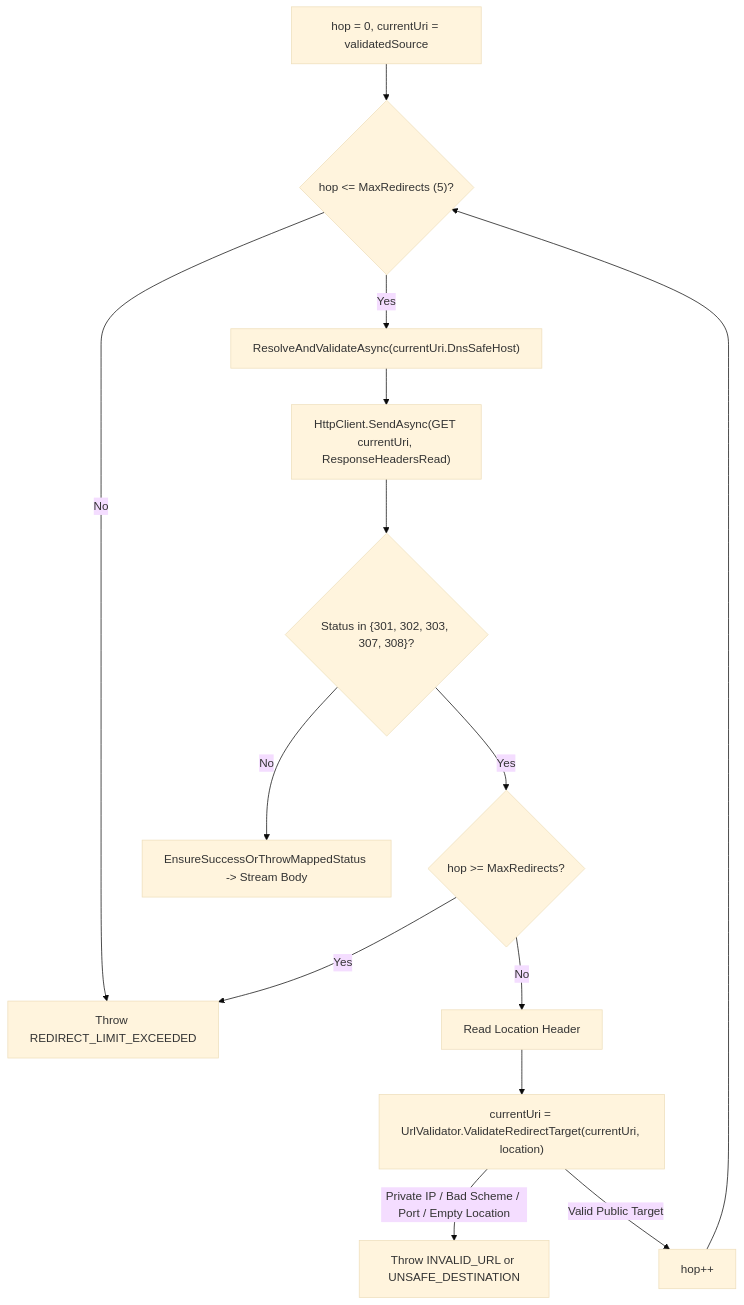
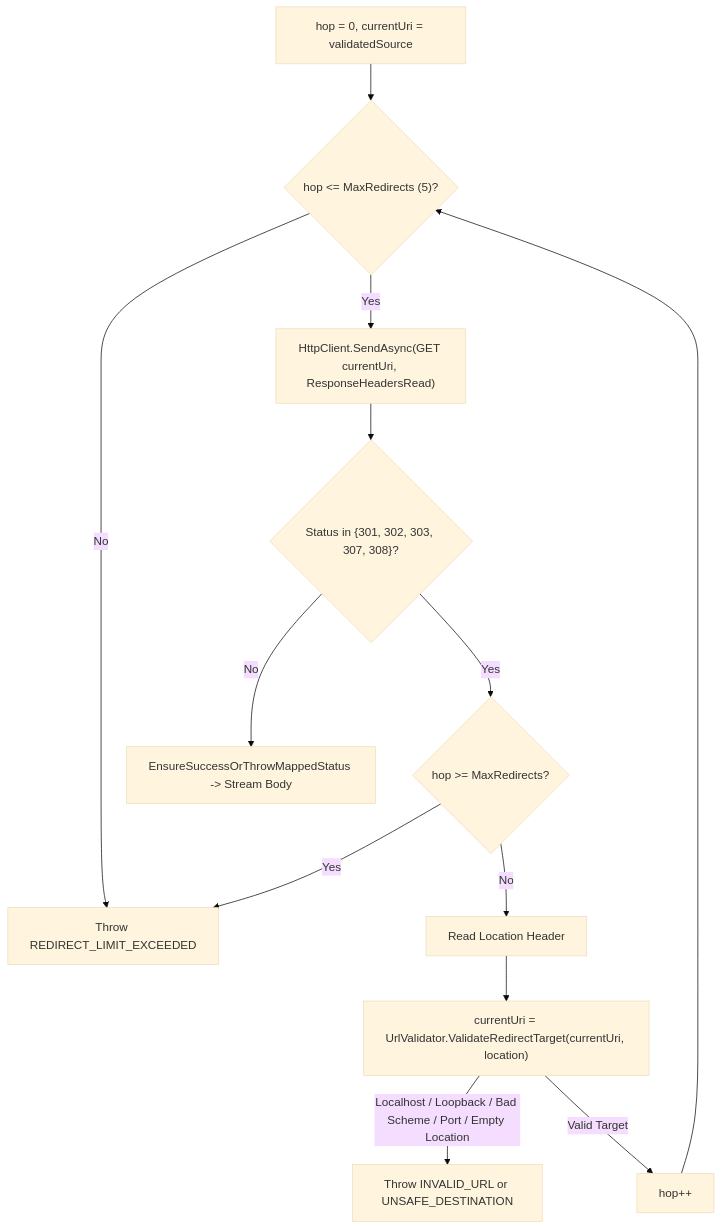
The sixth of 20 diagrams in docs/project-learning/01-complete-architecture-and-learning-guide.md (Suhas2609/URL-to-Image), drawn with Mermaid (base theme) before and after one commit. The commit also changed other lines of this file and 26 other files, not shown here.

````diff
--- a/docs/project-learning/01-complete-architecture-and-learning-guide.md
+++ b/docs/project-learning/01-complete-architecture-and-learning-guide.md
@@ -372,15 +355,14 @@
 ```mermaid
 flowchart TD
     Start["hop = 0, currentUri = validatedSource"] --> LoopCheck{"hop <= MaxRedirects (5)?"}
     LoopCheck -->|"No"| ErrMax["Throw REDIRECT_LIMIT_EXCEEDED"]
-    LoopCheck -->|"Yes"| Resolve["ResolveAndValidateAsync(currentUri.DnsSafeHost)"]
-    Resolve --> Send["HttpClient.SendAsync(GET currentUri, ResponseHeadersRead)"]
+    LoopCheck -->|"Yes"| Send["HttpClient.SendAsync(GET currentUri, ResponseHeadersRead)"]
     Send --> IsRedir{"Status in {301, 302, 303, 307, 308}?"}
     IsRedir -->|"No"| Check2xx["EnsureSuccessOrThrowMappedStatus -> Stream Body"]
     IsRedir -->|"Yes"| HopCap{"hop >= MaxRedirects?"}
     HopCap -->|"Yes"| ErrMax
     HopCap -->|"No"| ReadLoc["Read Location Header"]
     ReadLoc --> ValTarget["currentUri = UrlValidator.ValidateRedirectTarget(currentUri, location)"]
-    ValTarget -->|"Private IP / Bad Scheme / Port / Empty Location"| Fail["Throw INVALID_URL or UNSAFE_DESTINATION"]
-    ValTarget -->|"Valid Public Target"| Inc["hop++"] --> LoopCheck
+    ValTarget -->|"Localhost / Loopback / Bad Scheme / Port / Empty Location"| Fail["Throw INVALID_URL or UNSAFE_DESTINATION"]
+    ValTarget -->|"Valid Target"| Inc["hop++"] --> LoopCheck
 ```
````
